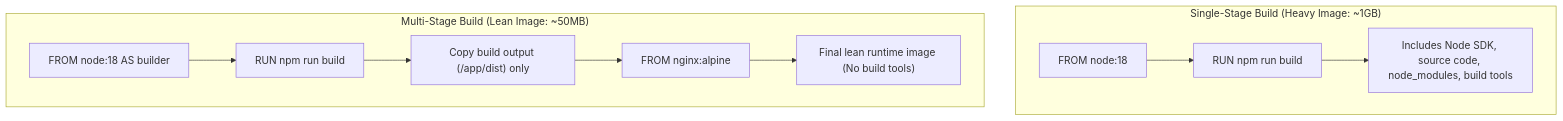
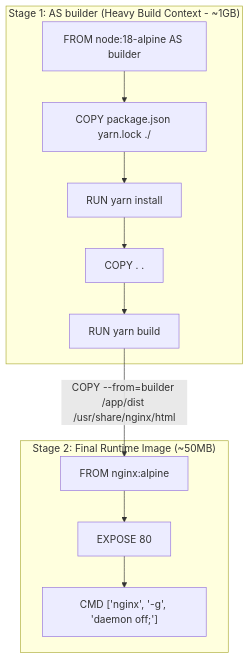
One commit to kmashour/BrainDump changed the first of 2 diagrams in Reference Notes/2-5_advanced_docker_and_github_actions.md. Above: the diagram before and after it, drawn with Mermaid. The commit also changed other lines of this file and 152 other files, not shown here.

````diff
--- a/Reference Notes/2-5_advanced_docker_and_github_actions.md
+++ b/Reference Notes/2-5_advanced_docker_and_github_actions.md
@@ -15,14 +15,17 @@
 ```mermaid
 graph TD
-    subgraph SingleStage["Single-Stage Build (Heavy Image: ~1GB)"]
-        BaseS["FROM node:18"] --> BuildS["RUN npm run build"]
-        BuildS --> SDK["Includes Node SDK, source code, node_modules, build tools"]
+    subgraph BuildStage["Stage 1: AS builder (Heavy Build Context - ~1GB)"]
+        BaseB["FROM node:18-alpine AS builder"]
+        BaseB --> CopyB["COPY package.json yarn.lock ./"]
+        CopyB --> RunB["RUN yarn install"]
+        RunB --> CopySrc["COPY . ."]
+        CopySrc --> BuildCmd["RUN yarn build"]
     end
 
-    subgraph MultiStage["Multi-Stage Build (Lean Image: ~50MB)"]
-        Base1["FROM node:18 AS builder"] --> Build1["RUN npm run build"]
-        Build1 --> CopyArtifact["Copy build output (/app/dist) only"]
-        CopyArtifact --> Base2["FROM nginx:alpine"]
-        Base2 --> Final["Final lean runtime image (No build tools)"]
+    subgraph RuntimeStage["Stage 2: Final Runtime Image (~50MB)"]
+        BaseR["FROM nginx:alpine"]
+        BuildCmd -->|COPY --from=builder /app/dist /usr/share/nginx/html| BaseR
+        BaseR --> ExposeR["EXPOSE 80"]
+        ExposeR --> CmdR["CMD ['nginx', '-g', 'daemon off;']"]
     end
 ```
````
